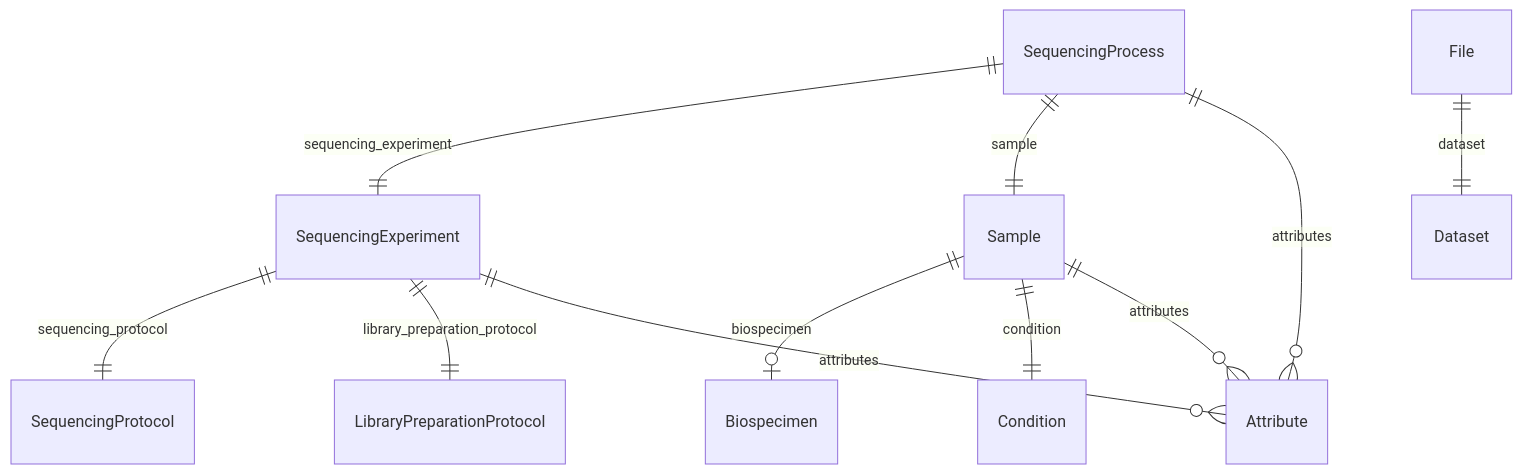
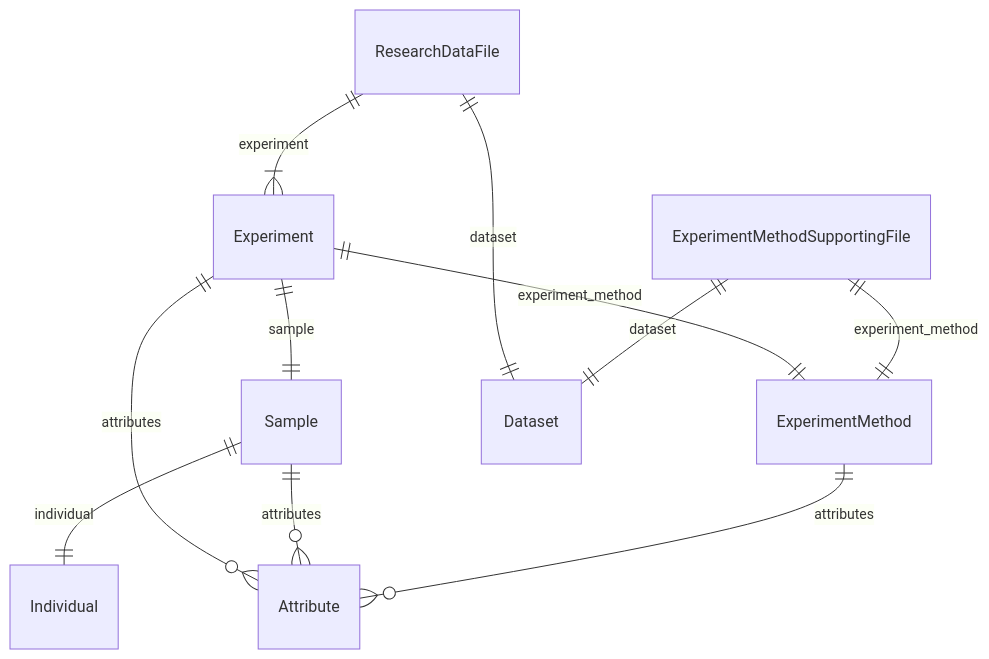
The third of 5 diagrams in docs/entity_relations.md (ghga-de/ghga-metadata-schema), drawn with Mermaid before and after one commit. The commit also changed other lines of this file and 405 other files, not shown here.

````diff
--- a/docs/entity_relations.md
+++ b/docs/entity_relations.md
@@ -163,27 +134,30 @@
 ```mermaid
 erDiagram
-SequencingProcess {
+ExperimentMethodSupportingFile {
 
 }
-File {
+ExperimentMethod {
+
+}
+ResearchDataFile {
 
 }
 Sample {
 
 }
-SequencingExperiment {
+Experiment {
 
 }
 
-SequencingProcess ||--|| SequencingExperiment : "sequencing_experiment"
-SequencingProcess ||--|| Sample : "sample"
-SequencingProcess ||--}o Attribute : "attributes"
-File ||--|| Dataset : "dataset"
-Sample ||--|o Biospecimen : "biospecimen"
-Sample ||--|| Condition : "condition"
+ExperimentMethodSupportingFile ||--|| ExperimentMethod : "experiment_method"
+ExperimentMethodSupportingFile ||--|| Dataset : "dataset"
+ExperimentMethod ||--}o Attribute : "attributes"
+ResearchDataFile ||--}| Experiment : "experiment"
+ResearchDataFile ||--|| Dataset : "dataset"
+Sample ||--|| Individual : "individual"
 Sample ||--}o Attribute : "attributes"
-SequencingExperiment ||--|| SequencingProtocol : "sequencing_protocol"
-SequencingExperiment ||--|| LibraryPreparationProtocol : "library_preparation_protocol"
-SequencingExperiment ||--}o Attribute : "attributes"
+Experiment ||--|| ExperimentMethod : "experiment_method"
+Experiment ||--|| Sample : "sample"
+Experiment ||--}o Attribute : "attributes"
 
 ```
````
